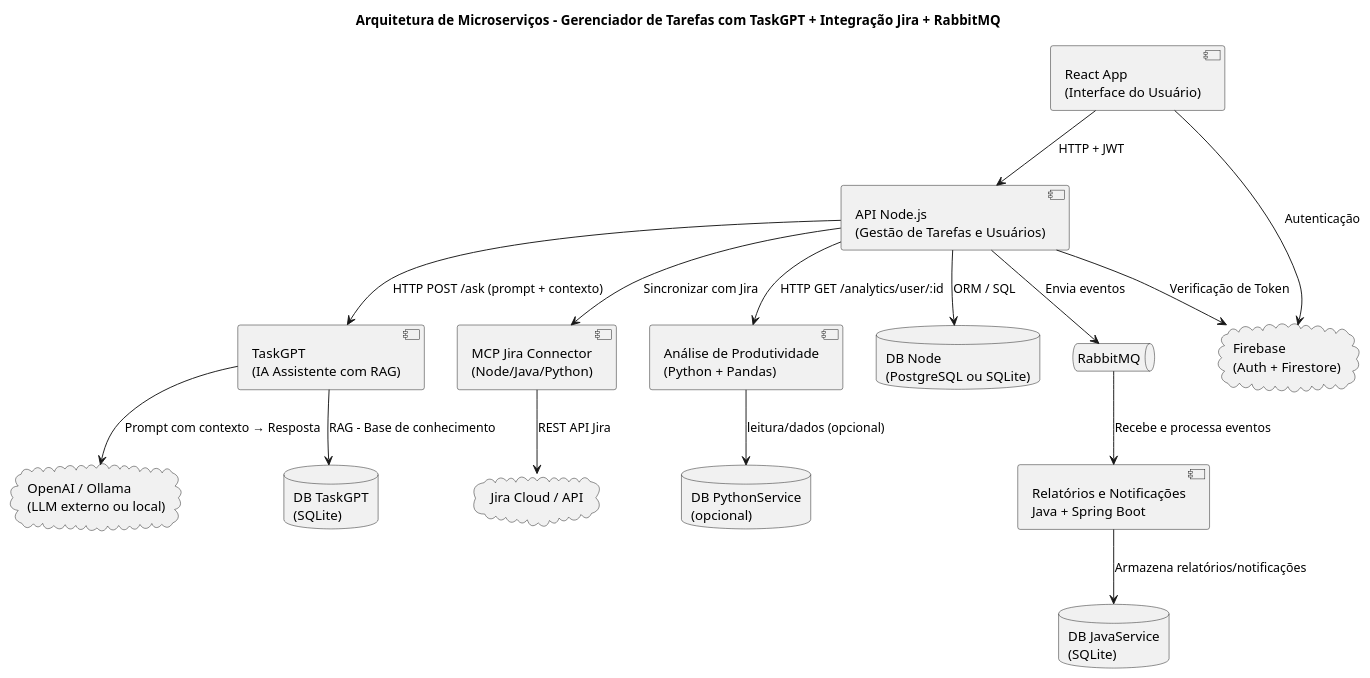
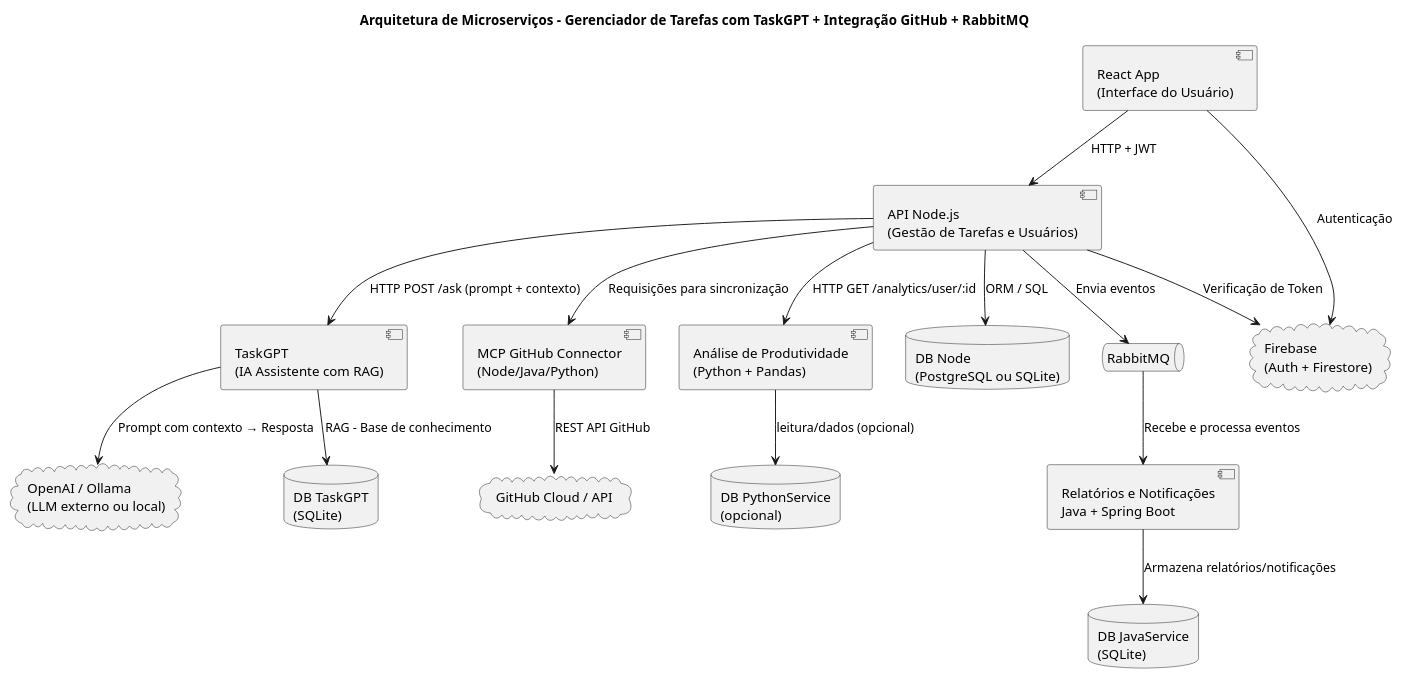
One commit to leonardorsolar/challenge-task-management changed the diagram in doc/Diagram/evolutionv2.puml. Above: the diagram before and after it, drawn with PlantUML. The commit also changed 6 other files, not shown here.

Commit message:
doc: architecture update

```diff
--- a/doc/Diagram/evolutionv2.puml
+++ b/doc/Diagram/evolutionv2.puml
@@ -1,54 +1,54 @@
 @startuml
-title Arquitetura de Microserviços - Gerenciador de Tarefas com TaskGPT + Integração Jira + RabbitMQ
+title Arquitetura de Microserviços - Gerenciador de Tarefas com TaskGPT + Integração GitHub + RabbitMQ
 
 '=== Frontend ===
 component "React App\n(Interface do Usuário)" as Frontend
 
 '=== Backend Principal ===
 component "API Node.js\n(Gestão de Tarefas e Usuários)" as NodeAPI
 
 '=== Microserviços ===
 component "Análise de Produtividade\n(Python + Pandas)" as PythonService
 component "Relatórios e Notificações\nJava + Spring Boot" as JavaService
 
 '=== IA - TaskGPT ===
 component "TaskGPT\n(IA Assistente com RAG)" as TaskGPT
 cloud "OpenAI / Ollama\n(LLM externo ou local)" as LLM
 
-'=== Conector para Jira ===
-component "MCP Jira Connector\n(Node/Java/Python)" as JiraMCP
-cloud "Jira Cloud / API" as JiraCloud
+'=== Conector para GitHub ===
+component "MCP GitHub Connector\n(Node/Java/Python)" as GithubMCP
+cloud "GitHub Cloud / API" as GithubAPI
 
 '=== Firebase ===
 cloud "Firebase\n(Auth + Firestore)" as Firebase
 
 '=== Bancos de Dados ===
 database "DB Node\n(PostgreSQL ou SQLite)" as DBNode
 database "DB TaskGPT\n(SQLite)" as DBTaskGPT
 database "DB JavaService\n(SQLite)" as DBJava
 database "DB PythonService\n(opcional)" as DBPython
 
 '=== Mensageria ===
 queue "RabbitMQ" as MQ
 
 '=== Relações ===
 Frontend --> Firebase : Autenticação
 Frontend --> NodeAPI : HTTP + JWT
 NodeAPI --> Firebase : Verificação de Token
 NodeAPI --> DBNode : ORM / SQL
 
 NodeAPI --> PythonService : HTTP GET /analytics/user/:id
 PythonService --> DBPython : leitura/dados (opcional)
 
 NodeAPI --> MQ : Envia eventos
 MQ --> JavaService : Recebe e processa eventos
 JavaService --> DBJava : Armazena relatórios/notificações
 
 NodeAPI --> TaskGPT : HTTP POST /ask (prompt + contexto)
 TaskGPT --> DBTaskGPT : RAG - Base de conhecimento
 TaskGPT --> LLM : Prompt com contexto → Resposta
 
-NodeAPI --> JiraMCP : Sincronizar com Jira
-JiraMCP --> JiraCloud : REST API Jira
+NodeAPI --> GithubMCP : Requisições para sincronização
+GithubMCP --> GithubAPI : REST API GitHub
 
 @enduml
```
